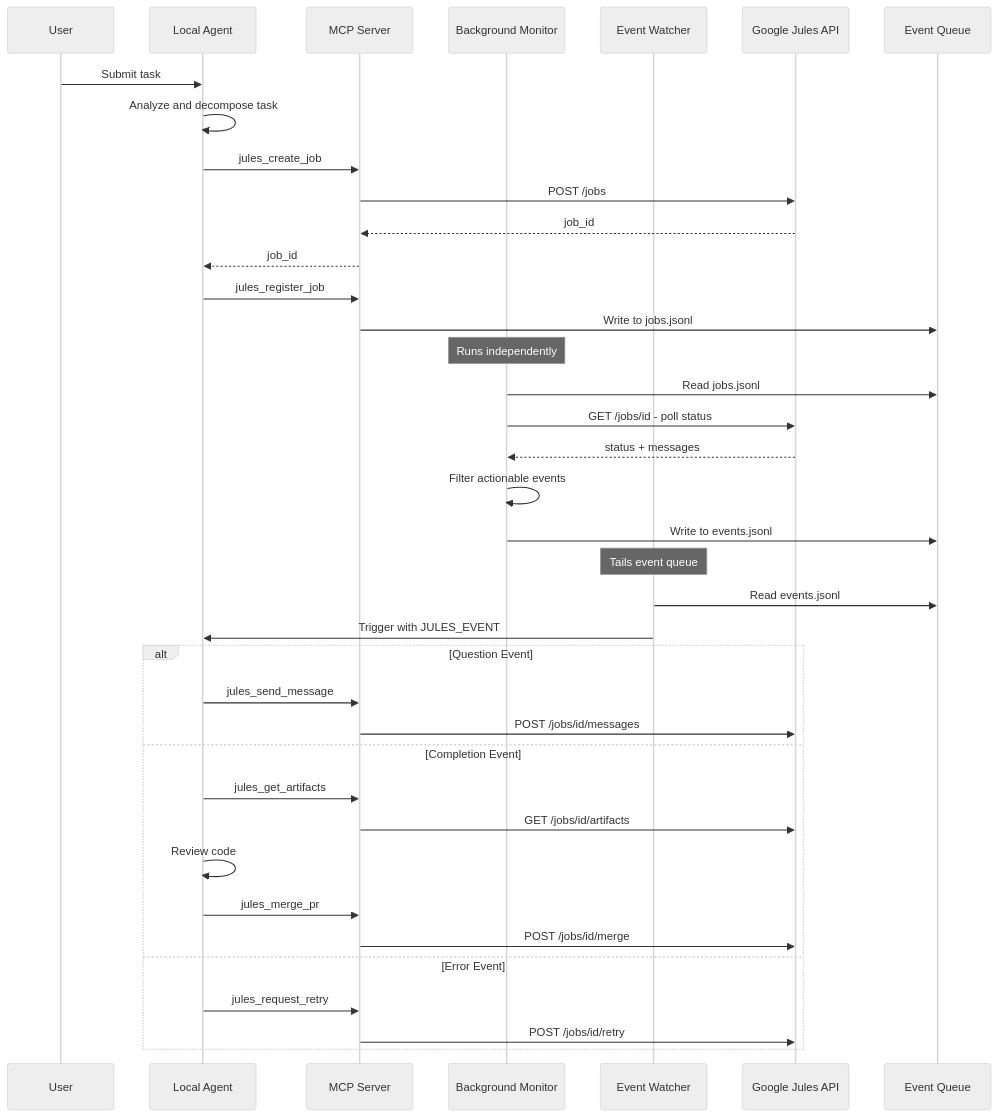
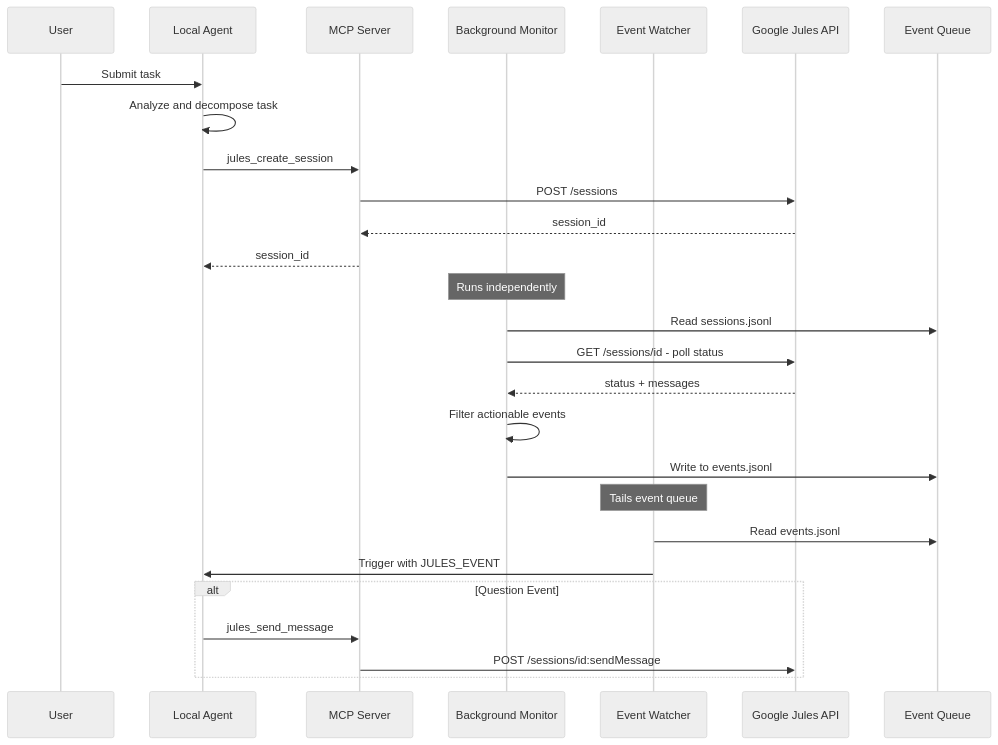
One commit to MikBin/jules-mcp changed the first of 3 diagrams in docs/architecture.md. Above: the diagram before and after it, drawn with Mermaid (neutral theme). The commit also changed other lines of this file and 2 other files, not shown here.

Commit message:
docs: Update documentation for Jules MCP Server v2.0.0 and Session APIs (#7)

````diff
--- a/docs/architecture.md
+++ b/docs/architecture.md
@@ -15,44 +15,33 @@
 ```mermaid
 sequenceDiagram
     participant User
     participant LocalAgent as Local Agent
     participant MCP as MCP Server
     participant Monitor as Background Monitor
     participant Watcher as Event Watcher
     participant Jules as Google Jules API
     participant Queue as Event Queue
 
     User->>LocalAgent: Submit task
     LocalAgent->>LocalAgent: Analyze and decompose task
-    LocalAgent->>MCP: jules_create_job
-    MCP->>Jules: POST /jobs
-    Jules-->>MCP: job_id
-    MCP-->>LocalAgent: job_id
-    LocalAgent->>MCP: jules_register_job
-    MCP->>Queue: Write to jobs.jsonl
+    LocalAgent->>MCP: jules_create_session
+    MCP->>Jules: POST /sessions
+    Jules-->>MCP: session_id
+    MCP-->>LocalAgent: session_id
 
     Note over Monitor: Runs independently
-    Monitor->>Queue: Read jobs.jsonl
-    Monitor->>Jules: GET /jobs/id - poll status
+    Monitor->>Queue: Read sessions.jsonl
+    Monitor->>Jules: GET /sessions/id - poll status
     Jules-->>Monitor: status + messages
     Monitor->>Monitor: Filter actionable events
     Monitor->>Queue: Write to events.jsonl
 
     Note over Watcher: Tails event queue
     Watcher->>Queue: Read events.jsonl
     Watcher->>LocalAgent: Trigger with JULES_EVENT
 
     alt Question Event
         LocalAgent->>MCP: jules_send_message
-        MCP->>Jules: POST /jobs/id/messages
-    else Completion Event
-        LocalAgent->>MCP: jules_get_artifacts
-        MCP->>Jules: GET /jobs/id/artifacts
-        LocalAgent->>LocalAgent: Review code
-        LocalAgent->>MCP: jules_merge_pr
-        MCP->>Jules: POST /jobs/id/merge
-    else Error Event
-        LocalAgent->>MCP: jules_request_retry
-        MCP->>Jules: POST /jobs/id/retry
+        MCP->>Jules: POST /sessions/id:sendMessage
     end
 ```
````
